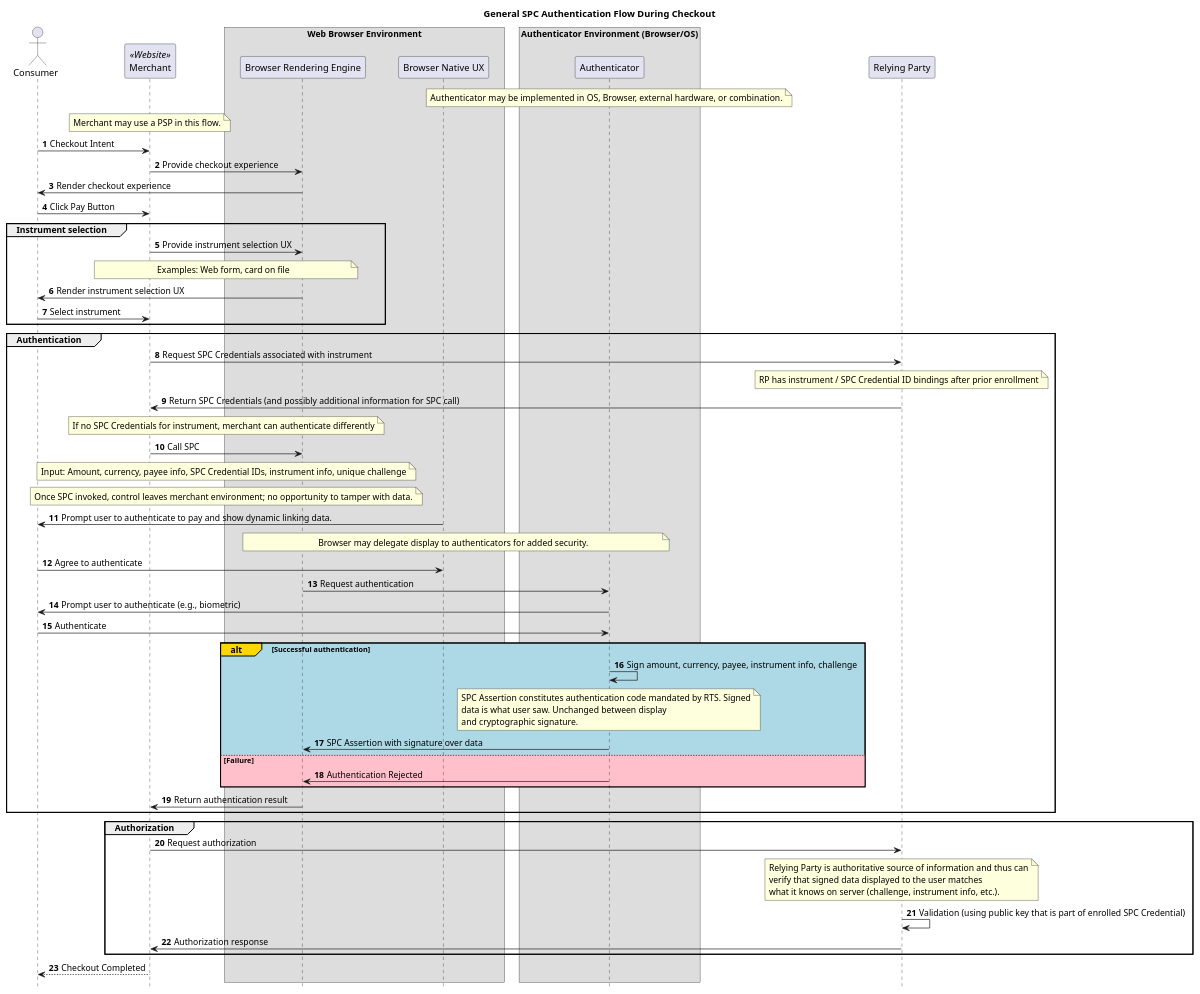
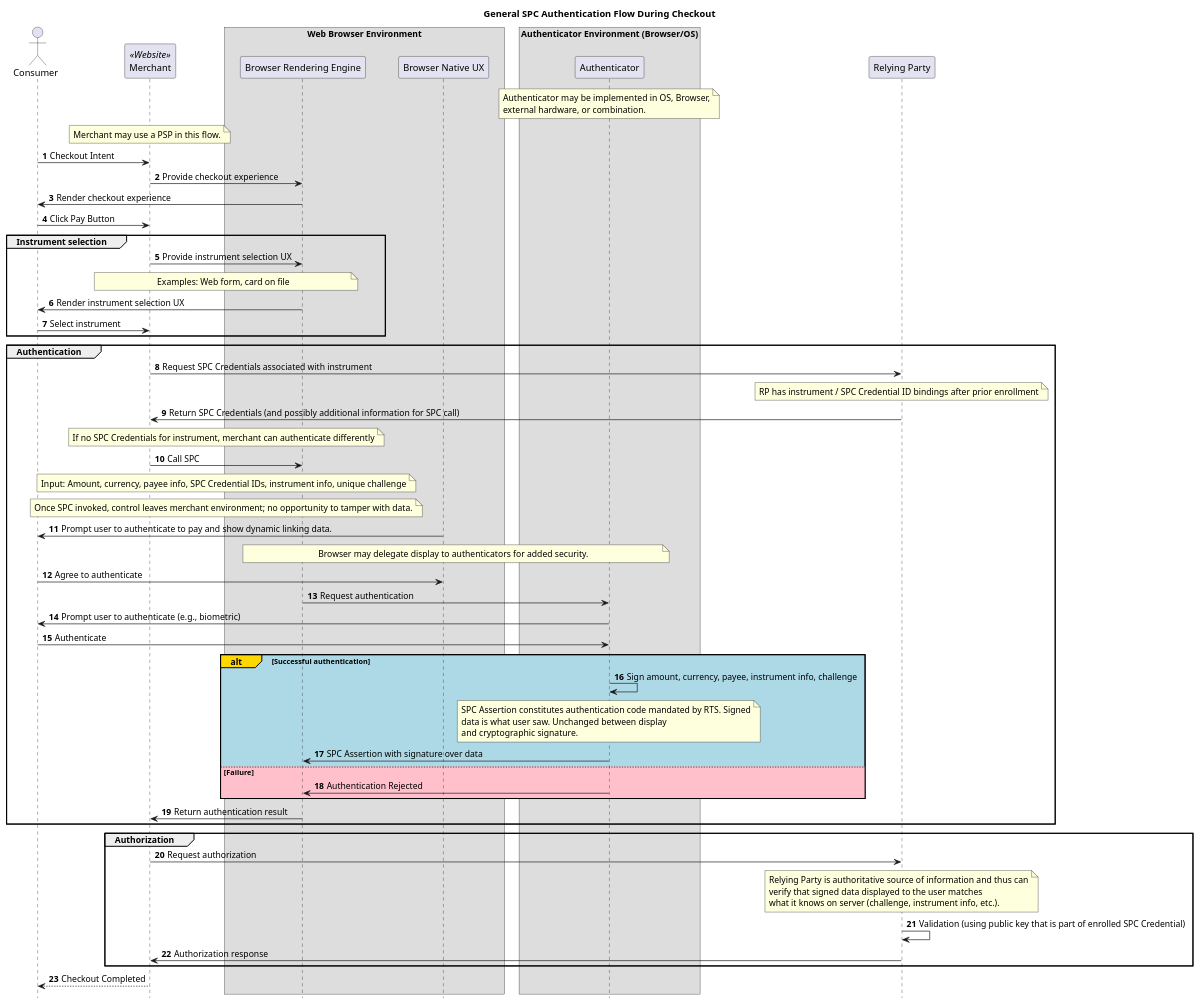
The diagram in spc-general.puml (w3c/wpsig), drawn with PlantUML before and after one commit. The commit also changed 1 other file, not shown here.

```diff
--- a/spc-general.puml
+++ b/spc-general.puml
@@ -1,92 +1,93 @@
 @startuml
 
 autonumber
 hide footbox
 skinparam ParticipantPadding 20
 skinparam BoxPadding 10
 
 title General SPC Authentication Flow During Checkout
 
 actor Consumer as Consumer
 participant Merchant as Merchant <<Website>>
 
 box "Web Browser Environment"
   participant "Browser Rendering Engine" as Browser
   participant "Browser Native UX" as Native
 end box
 
 box "Authenticator Environment (Browser/OS)"
   participant "Authenticator"
 end box
 
 participant "Relying Party" as RP
 
 note over Authenticator
-  Authenticator may be implemented in OS, Browser, external hardware, or combination.
+  Authenticator may be implemented in OS, Browser,
+  external hardware, or combination.
 end note
 
 note over Merchant
   Merchant may use a PSP in this flow.
 end note
 Consumer->Merchant: Checkout Intent
 Merchant->Browser: Provide checkout experience
 Browser->Consumer: Render checkout experience
 Consumer->Merchant: Click Pay Button
 group Instrument selection
 Merchant->Browser: Provide instrument selection UX
 note over Merchant, Browser
   Examples: Web form, card on file
 end note
 Browser->Consumer: Render instrument selection UX
 Consumer->Merchant: Select instrument
 end group
 group Authentication
 Merchant->RP: Request SPC Credentials associated with instrument
 note over RP
   RP has instrument / SPC Credential ID bindings after prior enrollment
 end note
 RP->Merchant: Return SPC Credentials (and possibly additional information for SPC call)
 note over Merchant, Browser
   If no SPC Credentials for instrument, merchant can authenticate differently
 end note
 Merchant->Browser: Call SPC
 note over Merchant, Browser
   Input: Amount, currency, payee info, SPC Credential IDs, instrument info, unique challenge
 end note
 note over Merchant, Browser
   Once SPC invoked, control leaves merchant environment; no opportunity to tamper with data.
 end note
 Native->Consumer: Prompt user to authenticate to pay and show dynamic linking data.
 note over Browser, Authenticator
   Browser may delegate display to authenticators for added security.
 end note
 Consumer->Native: Agree to authenticate
 Browser->Authenticator: Request authentication
 Authenticator->Consumer: Prompt user to authenticate (e.g., biometric)
 Consumer->Authenticator: Authenticate
 alt#Gold #LightBlue Successful authentication
     Authenticator->Authenticator: Sign amount, currency, payee, instrument info, challenge
     note over Authenticator
        SPC Assertion constitutes authentication code mandated by RTS. Signed
        data is what user saw. Unchanged between display
        and cryptographic signature.
     end note
     Authenticator -> Browser: SPC Assertion with signature over data
 else #Pink Failure
     Authenticator -> Browser: Authentication Rejected
 end
 Browser->Merchant: Return authentication result
 end group
 group Authorization
 Merchant->RP: Request authorization
 note over RP
   Relying Party is authoritative source of information and thus can
   verify that signed data displayed to the user matches
   what it knows on server (challenge, instrument info, etc.).
 end note
 RP->RP: Validation (using public key that is part of enrolled SPC Credential)
 RP->Merchant: Authorization response
 end group
 Merchant-->Consumer: Checkout Completed
 
 @enduml
```
